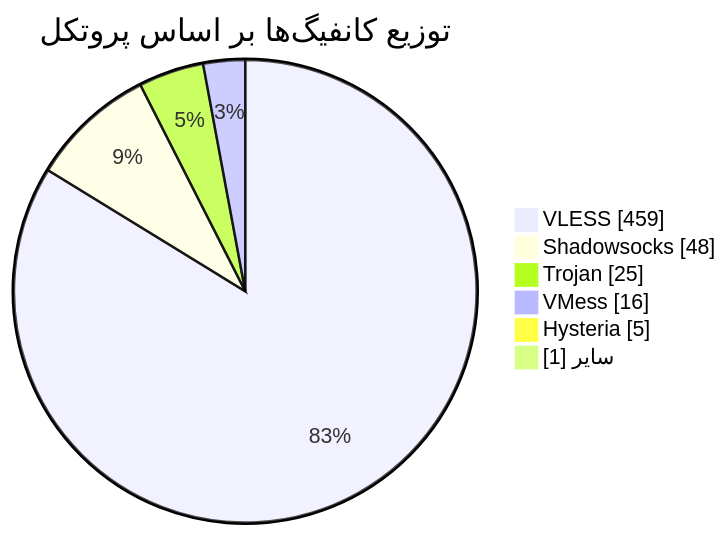
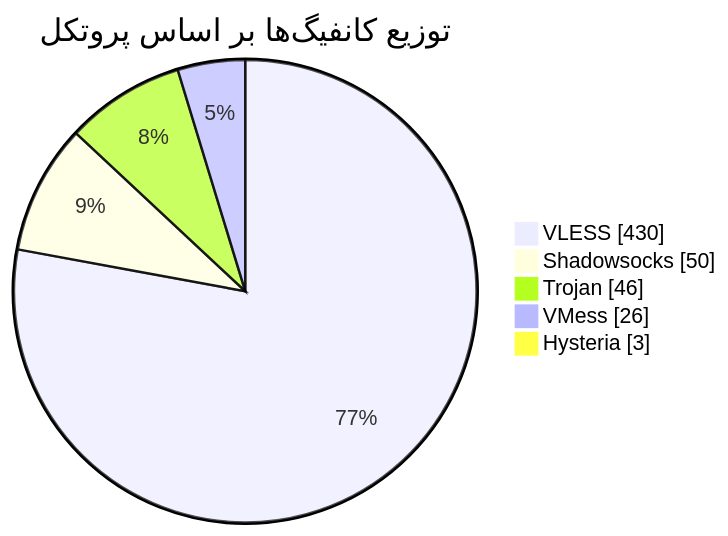
One commit to Arian-Alijani/Somthing changed the diagram in README.md. Above: the diagram before and after it, drawn with Mermaid. The commit also changed other lines of this file and 87 other files, not shown here.

````diff
--- a/README.md
+++ b/README.md
@@ -48,10 +47,9 @@
 ```mermaid
 pie showData
     title توزیع کانفیگ‌ها بر اساس پروتکل
-    "VLESS" : 459
-    "Shadowsocks" : 48
-    "Trojan" : 25
-    "VMess" : 16
-    "Hysteria" : 5
-    "سایر" : 1
+    "VLESS" : 430
+    "Shadowsocks" : 50
+    "Trojan" : 46
+    "VMess" : 26
+    "Hysteria" : 3
 ```
````
